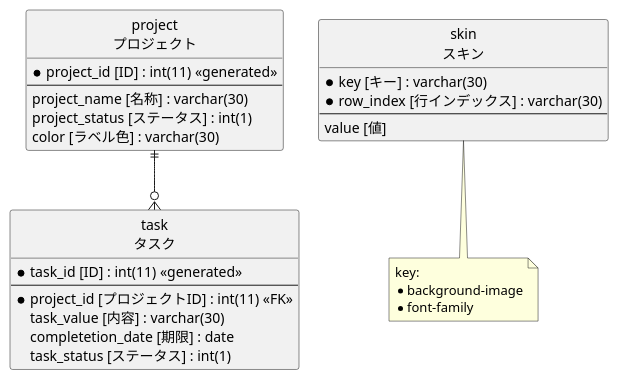
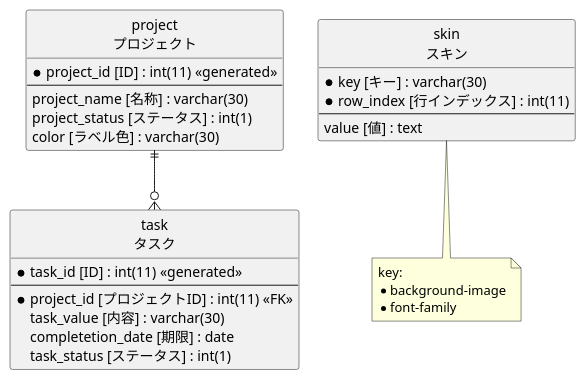
One commit to gtgjpj/todoApp changed the diagram in todo/erd.puml. Above: the diagram before and after it, drawn with PlantUML.

Commit message:
2021/11/07時点でのER図修正

```diff
--- a/todo/erd.puml
+++ b/todo/erd.puml
@@ -1,35 +1,35 @@
 @startuml
 hide circle
 skinparam linetype ortho
 
 entity project as "project\nプロジェクト" {
   * project_id [ID] : int(11) <<generated>>
   --
   project_name [名称] : varchar(30)
   project_status [ステータス] : int(1)
   color [ラベル色] : varchar(30)
 }
 
 entity task as "task\nタスク" {
   * task_id [ID] : int(11) <<generated>>
   --
   * project_id [プロジェクトID] : int(11) <<FK>>
   task_value [内容] : varchar(30)
   completetion_date [期限] : date
   task_status [ステータス] : int(1)
 }
 
 entity skin as "skin\nスキン" {
   * key [キー] : varchar(30)
-  * row_index [行インデックス] : varchar(30)
+  * row_index [行インデックス] : int(11)
   --
-  value [値]
+  value [値] : text
 }
 note bottom
   key:
   * background-image
   * font-family
 end note
 
 project ||-d-o{ task
 @enduml
```
